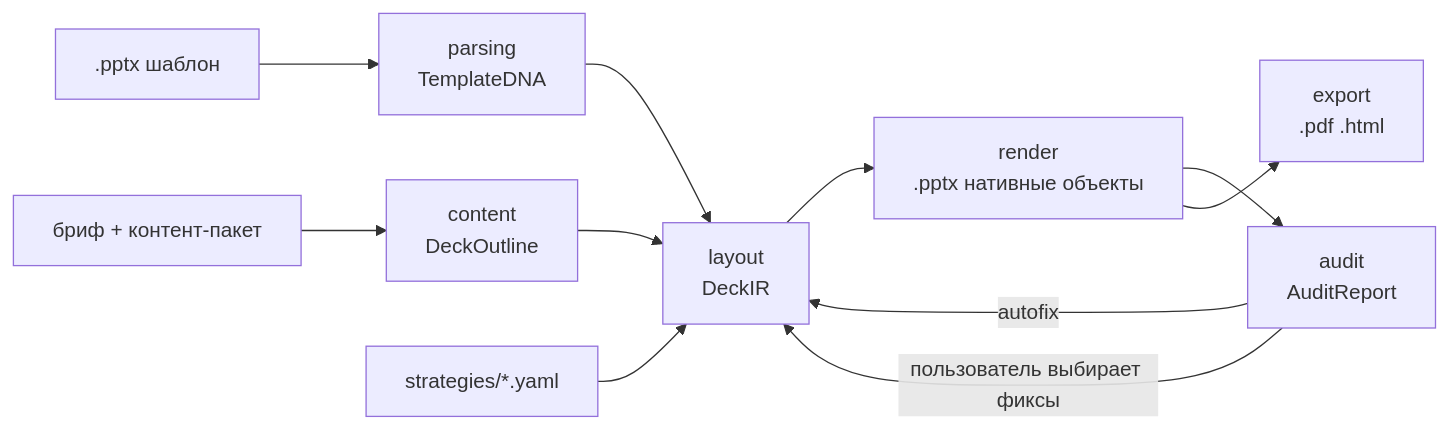
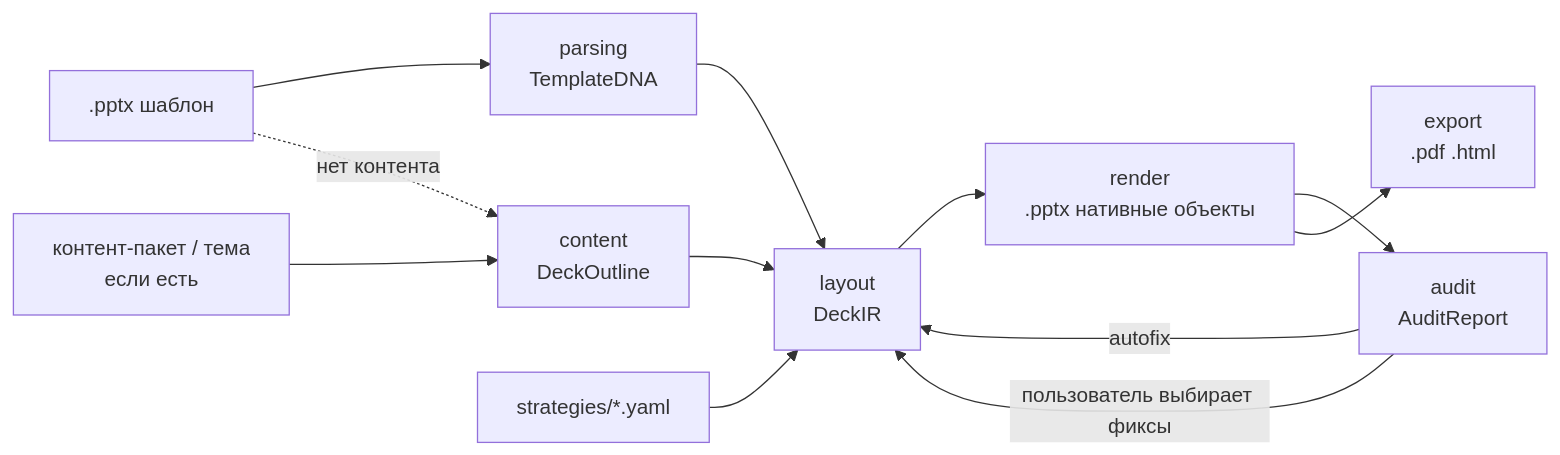
The diagram in docs/ARCHITECTURE.md (kireev-duty/deckforge), drawn with Mermaid before and after one commit. The commit also changed other lines of this file and 6 other files, not shown here.

````diff
--- a/docs/ARCHITECTURE.md
+++ b/docs/ARCHITECTURE.md
@@ -9,13 +9,14 @@
 ```mermaid
 flowchart LR
     T[.pptx шаблон] --> P[parsing<br/>TemplateDNA]
-    B[бриф + контент-пакет] --> C[content<br/>DeckOutline]
+    T -.->|нет контента| C
+    B[контент-пакет / тема<br/>если есть] --> C[content<br/>DeckOutline]
     S[strategies/*.yaml] --> L
     P --> L[layout<br/>DeckIR]
     C --> L
     L --> R[render<br/>.pptx нативные объекты]
     R --> A[audit<br/>AuditReport]
     A -->|autofix| L
     A -->|пользователь выбирает фиксы| L
     R --> E[export<br/>.pdf .html]
 ```
````
